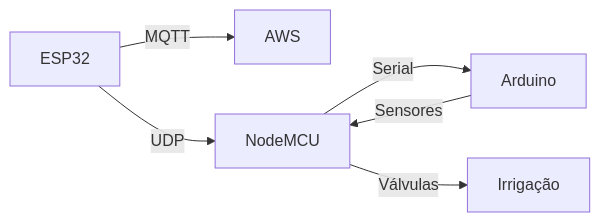
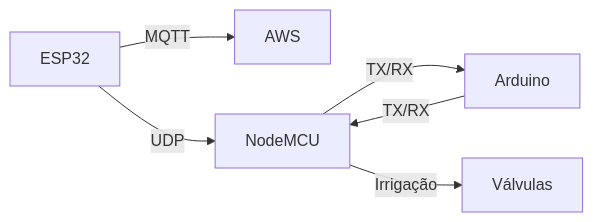
Before and after one commit to PhytoFlow/hardware: the third of 3 diagrams in README.md, drawn with Mermaid. The commit also changed other lines of this file, not shown here.

````diff
--- a/README.md
+++ b/README.md
@@ -64,8 +70,8 @@
 ```mermaid
 graph LR
 ESP32 -- MQTT --> AWS
 ESP32 -- UDP --> NodeMCU
-NodeMCU -- Serial --> Arduino
-Arduino -->|Sensores| NodeMCU
-NodeMCU -->|Válvulas| Irrigação
+NodeMCU -- TX/RX --> Arduino
+Arduino -->|TX/RX| NodeMCU
+NodeMCU -->|Irrigação| Válvulas
 ```
````
